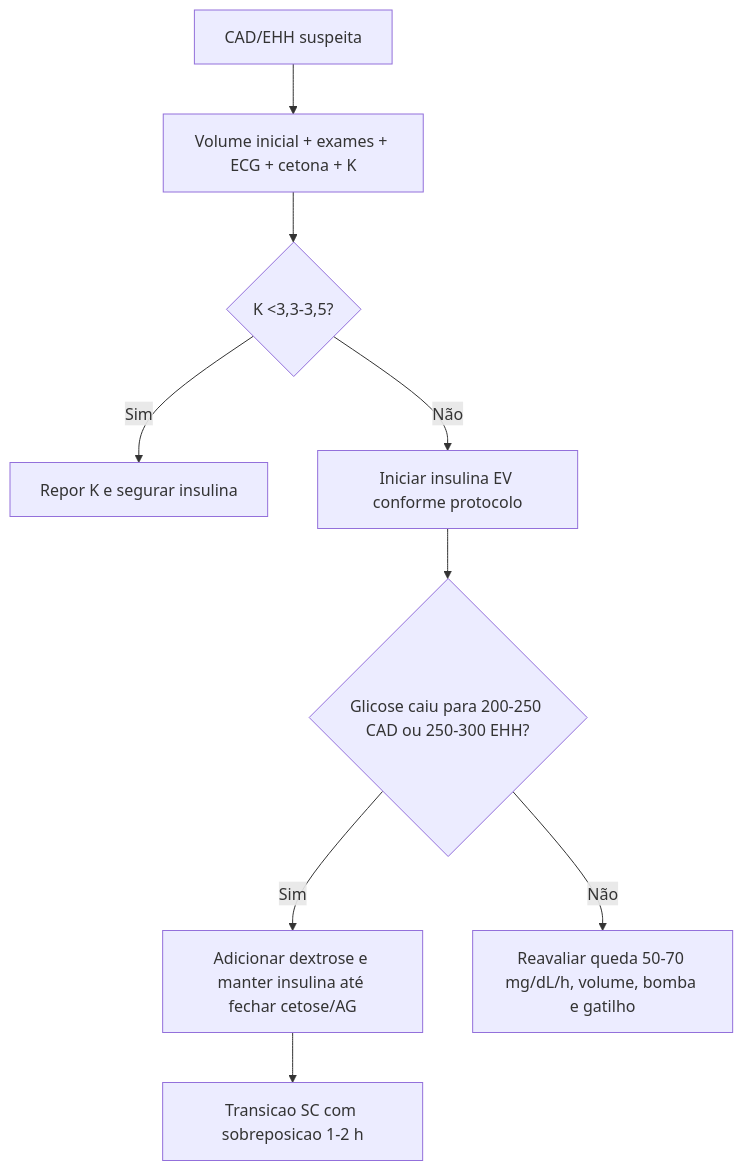
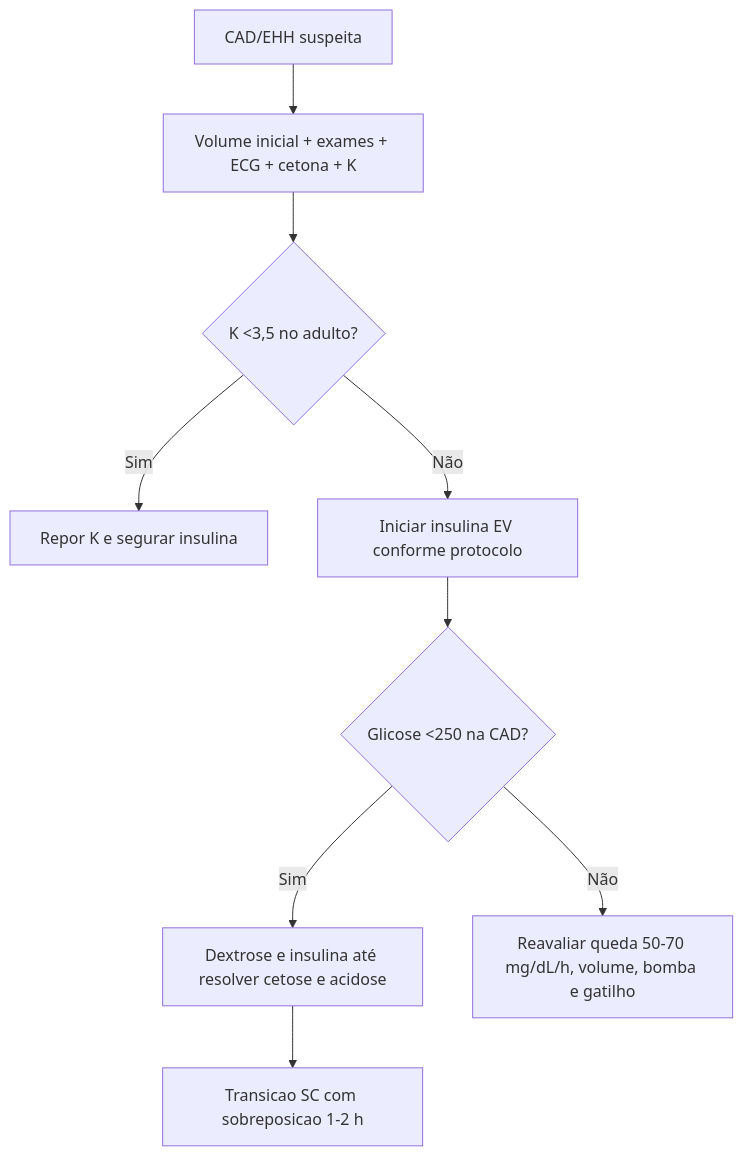
Before and after one commit to ThiagoPersona/emergencia26: the third of 4 diagrams in Intensivao/temas/011_disturbios-metabolicos-renais-gasometria.md, drawn with Mermaid. The commit also changed other lines of this file and 11 other files, not shown here.

````diff
--- a/Intensivao/temas/011_disturbios-metabolicos-renais-gasometria.md
+++ b/Intensivao/temas/011_disturbios-metabolicos-renais-gasometria.md
@@ -265,11 +269,11 @@
 ```mermaid
 flowchart TD
     A[CAD/EHH suspeita] --> B[Volume inicial + exames + ECG + cetona + K]
-    B --> C{K <3,3-3,5?}
+    B --> C{K <3,5 no adulto?}
     C -->|Sim| D[Repor K e segurar insulina]
     C -->|Não| E[Iniciar insulina EV conforme protocolo]
-    E --> F{Glicose caiu para 200-250 CAD ou 250-300 EHH?}
-    F -->|Sim| G[Adicionar dextrose e manter insulina até fechar cetose/AG]
+    E --> F{Glicose <250 na CAD?}
+    F -->|Sim| G[Dextrose e insulina até resolver cetose e acidose]
     F -->|Não| H[Reavaliar queda 50-70 mg/dL/h, volume, bomba e gatilho]
     G --> I[Transicao SC com sobreposicao 1-2 h]
 ```
````
